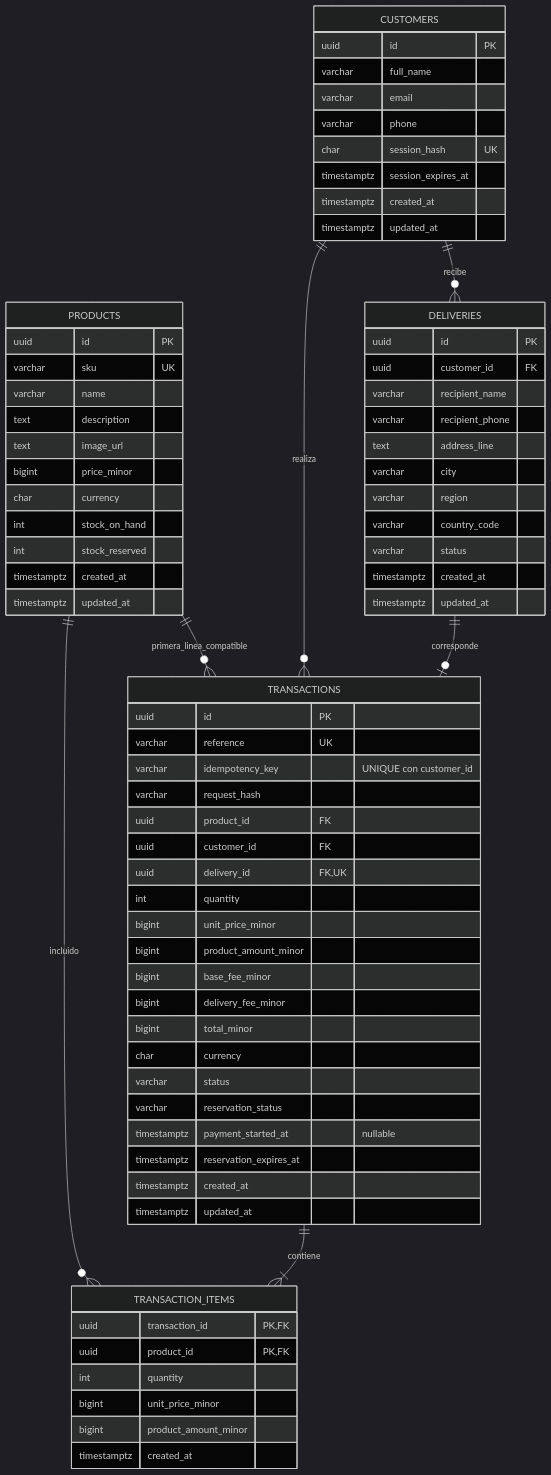
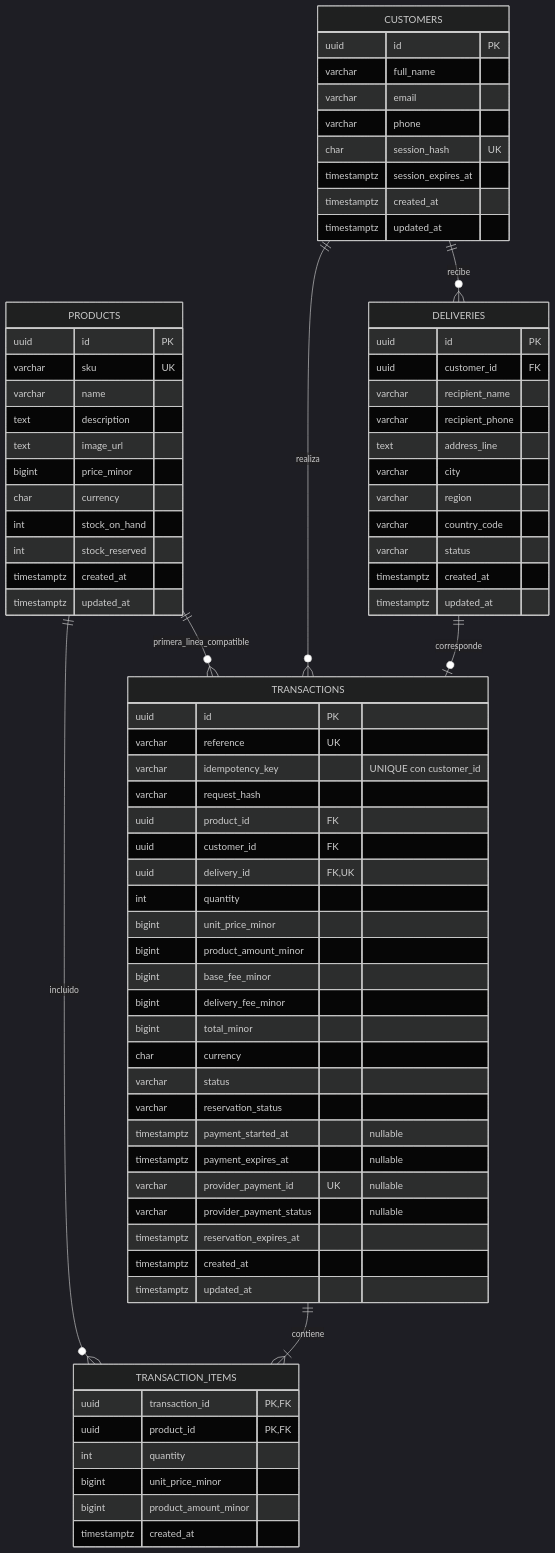
Before and after one commit to blush-atelier/blush-atelier-api: the diagram in docs/erd.mmd, drawn with Mermaid (dark theme). The commit also changed 26 other files, not shown here.

```diff
--- a/docs/erd.mmd
+++ b/docs/erd.mmd
@@ -1,73 +1,76 @@
 erDiagram
     PRODUCTS ||--o{ TRANSACTIONS : primera_linea_compatible
     PRODUCTS ||--o{ TRANSACTION_ITEMS : incluido
     TRANSACTIONS ||--|{ TRANSACTION_ITEMS : contiene
     CUSTOMERS ||--o{ TRANSACTIONS : realiza
     CUSTOMERS ||--o{ DELIVERIES : recibe
     DELIVERIES ||--o| TRANSACTIONS : corresponde
     PRODUCTS {
         uuid id PK
         varchar sku UK
         varchar name
         text description
         text image_url
         bigint price_minor
         char currency
         int stock_on_hand
         int stock_reserved
         timestamptz created_at
         timestamptz updated_at
     }
     CUSTOMERS {
         uuid id PK
         varchar full_name
         varchar email
         varchar phone
         char session_hash UK
         timestamptz session_expires_at
         timestamptz created_at
         timestamptz updated_at
     }
     DELIVERIES {
         uuid id PK
         uuid customer_id FK
         varchar recipient_name
         varchar recipient_phone
         text address_line
         varchar city
         varchar region
         varchar country_code
         varchar status
         timestamptz created_at
         timestamptz updated_at
     }
     TRANSACTIONS {
         uuid id PK
         varchar reference UK
         varchar idempotency_key "UNIQUE con customer_id"
         varchar request_hash
         uuid product_id FK
         uuid customer_id FK
         uuid delivery_id FK,UK
         int quantity
         bigint unit_price_minor
         bigint product_amount_minor
         bigint base_fee_minor
         bigint delivery_fee_minor
         bigint total_minor
         char currency
         varchar status
         varchar reservation_status
         timestamptz payment_started_at "nullable"
+        timestamptz payment_expires_at "nullable"
+        varchar provider_payment_id UK "nullable"
+        varchar provider_payment_status "nullable"
         timestamptz reservation_expires_at
         timestamptz created_at
         timestamptz updated_at
     }
     TRANSACTION_ITEMS {
         uuid transaction_id PK,FK
         uuid product_id PK,FK
         int quantity
         bigint unit_price_minor
         bigint product_amount_minor
         timestamptz created_at
     }
```
